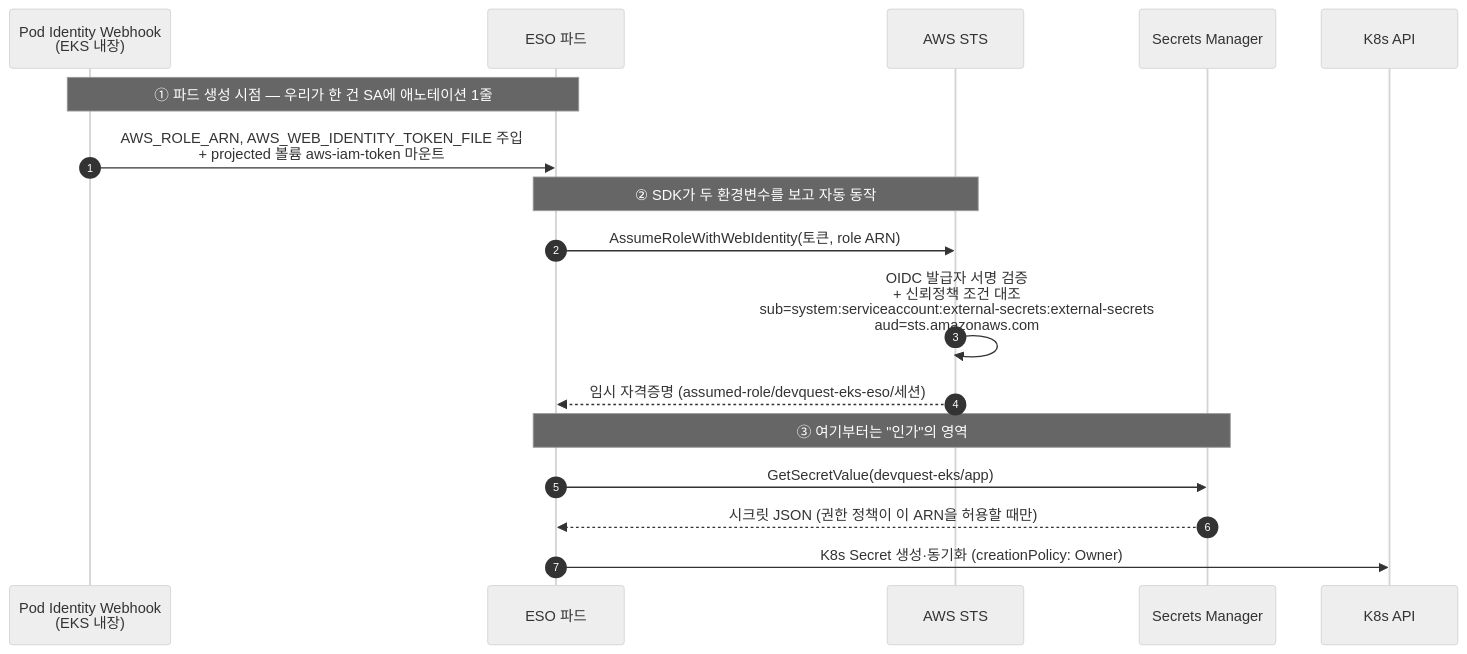
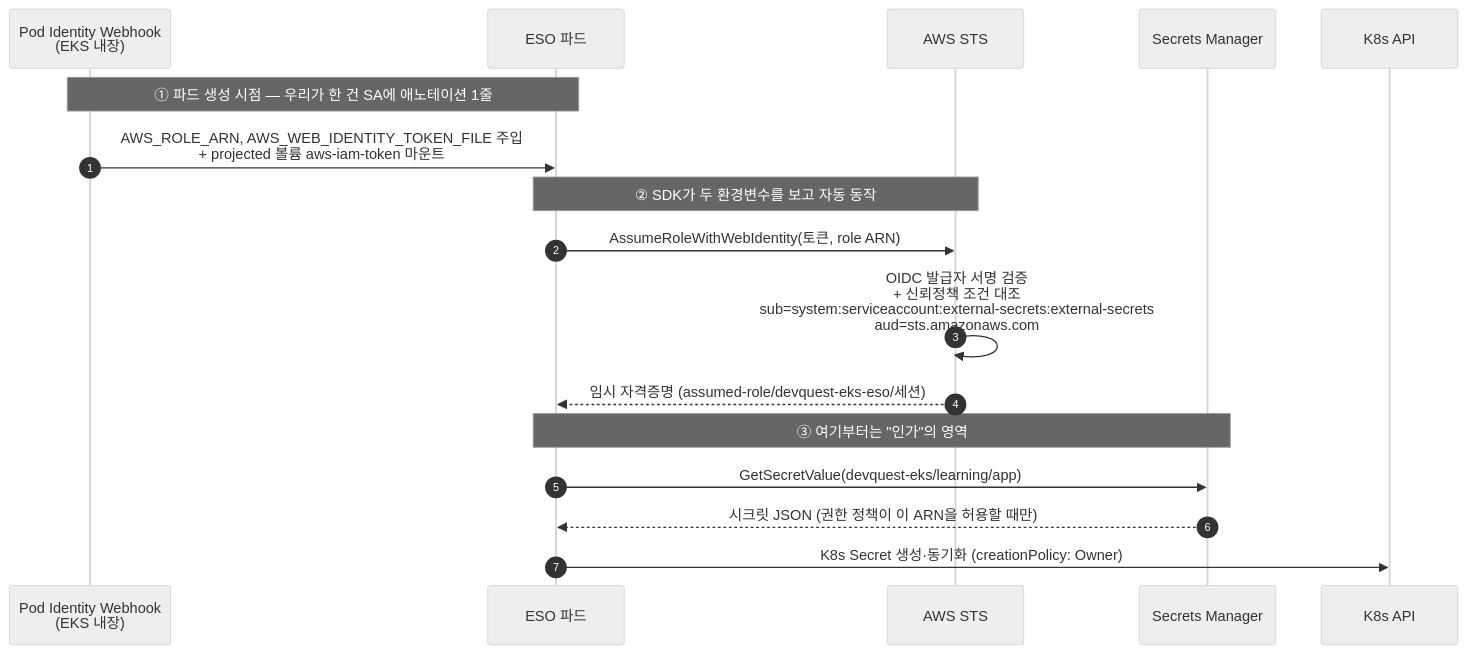
One commit to bangddong/switch-job-quest changed the second of 4 diagrams in docs/architecture/eks-2-cluster.md. Above: the diagram before and after it, drawn with Mermaid (neutral theme). The commit also changed other lines of this file and 13 other files, not shown here.

````diff
--- a/docs/architecture/eks-2-cluster.md
+++ b/docs/architecture/eks-2-cluster.md
@@ -119,23 +119,23 @@
 ```mermaid
 sequenceDiagram
   autonumber
   participant W as Pod Identity Webhook<br/>(EKS 내장)
   participant P as ESO 파드
   participant STS as AWS STS
   participant SM as Secrets Manager
   participant K as K8s API
 
   Note over W,P: ① 파드 생성 시점 — 우리가 한 건 SA에 애노테이션 1줄
   W->>P: AWS_ROLE_ARN, AWS_WEB_IDENTITY_TOKEN_FILE 주입<br/>+ projected 볼륨 aws-iam-token 마운트
 
   Note over P,STS: ② SDK가 두 환경변수를 보고 자동 동작
   P->>STS: AssumeRoleWithWebIdentity(토큰, role ARN)
   STS->>STS: OIDC 발급자 서명 검증<br/>+ 신뢰정책 조건 대조<br/>sub=system:serviceaccount:external-secrets:external-secrets<br/>aud=sts.amazonaws.com
   STS-->>P: 임시 자격증명 (assumed-role/devquest-eks-eso/세션)
 
   Note over P,SM: ③ 여기부터는 "인가"의 영역
-  P->>SM: GetSecretValue(devquest-eks/app)
+  P->>SM: GetSecretValue(devquest-eks/learning/app)
   SM-->>P: 시크릿 JSON (권한 정책이 이 ARN을 허용할 때만)
 
   P->>K: K8s Secret 생성·동기화 (creationPolicy: Owner)
 ```
````
